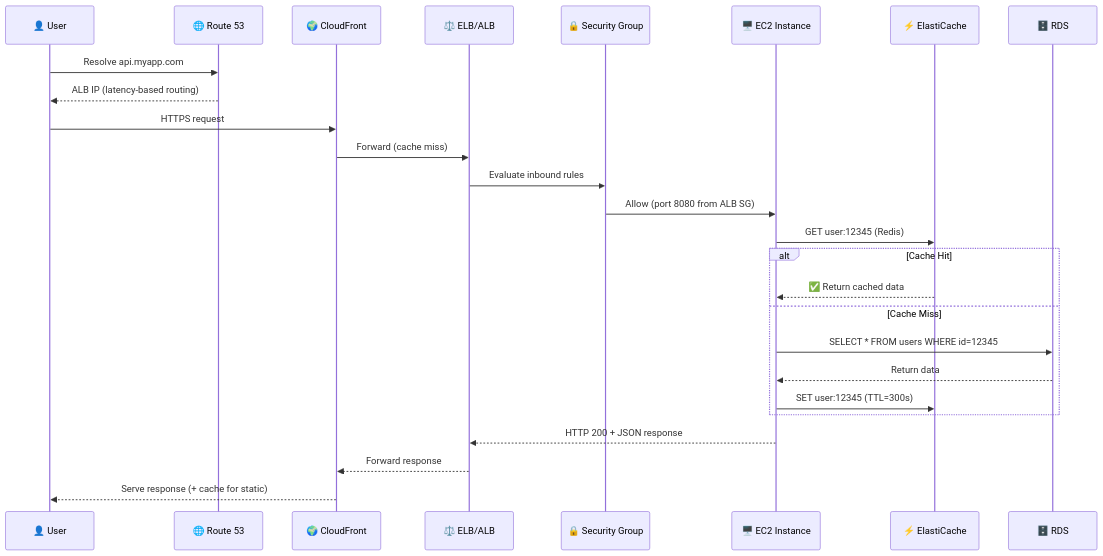
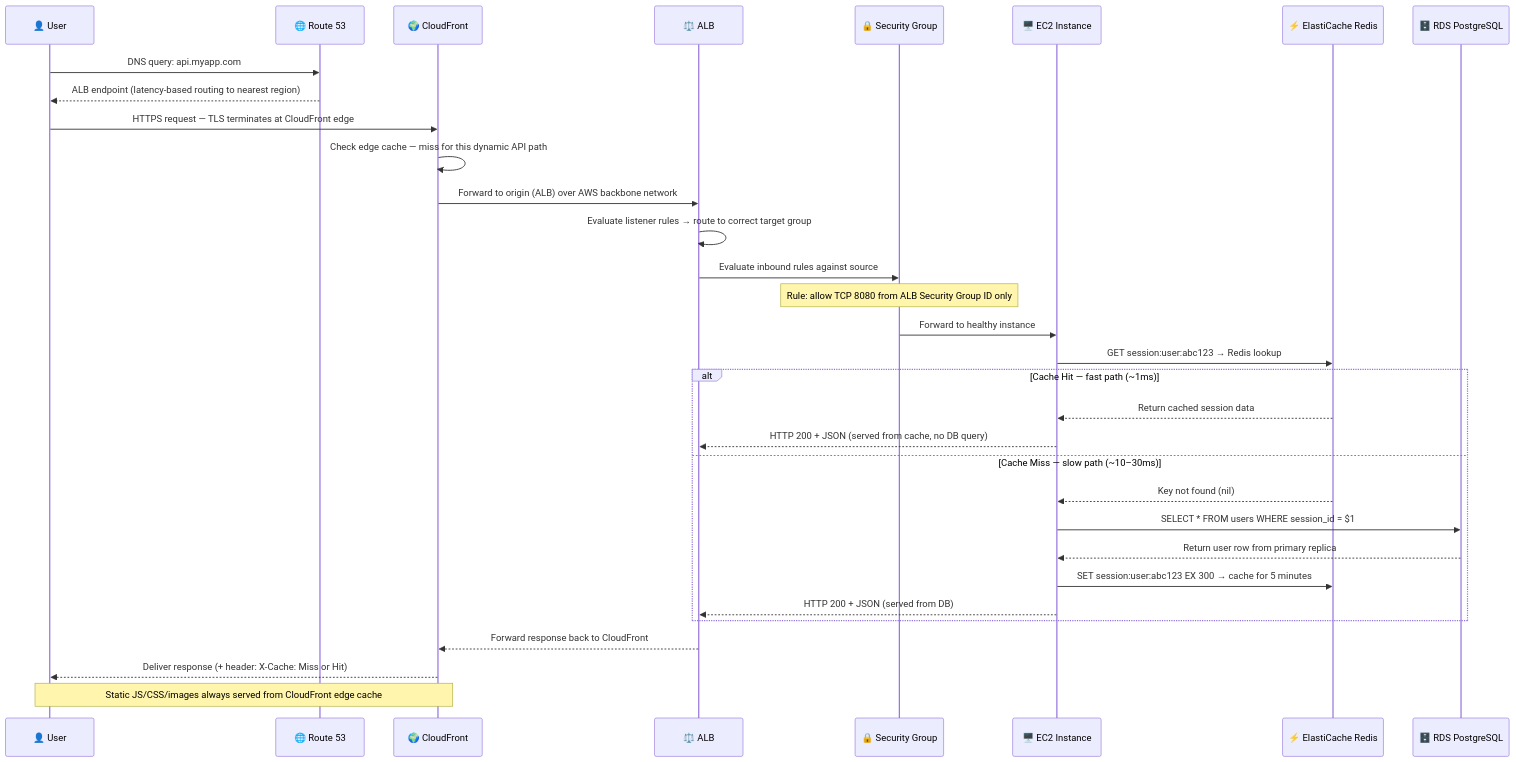
Diagram 14 of 14 in EC2/ec2.md (dharmatejasiddabathina/Aws-ZeroToHero), drawn with Mermaid before and after one commit. The commit also changed other lines of this file and 1 other file, not shown here.

````diff
--- a/EC2/ec2.md
+++ b/EC2/ec2.md
@@ -960,29 +1564,35 @@
 ```mermaid
 sequenceDiagram
     participant U as 👤 User
     participant DNS as 🌐 Route 53
     participant CF as 🌍 CloudFront
-    participant ALB as ⚖️ ELB/ALB
+    participant ALB as ⚖️ ALB
     participant SG as 🔒 Security Group
     participant EC2 as 🖥️ EC2 Instance
-    participant Cache as ⚡ ElastiCache
-    participant DB as 🗄️ RDS
+    participant Cache as ⚡ ElastiCache Redis
+    participant DB as 🗄️ RDS PostgreSQL
 
-    U->>DNS: Resolve api.myapp.com
-    DNS-->>U: ALB IP (latency-based routing)
-    U->>CF: HTTPS request
-    CF->>ALB: Forward (cache miss)
-    ALB->>SG: Evaluate inbound rules
-    SG->>EC2: Allow (port 8080 from ALB SG)
-    EC2->>Cache: GET user:12345 (Redis)
-    alt Cache Hit
-        Cache-->>EC2: ✅ Return cached data
-    else Cache Miss
-        EC2->>DB: SELECT * FROM users WHERE id=12345
-        DB-->>EC2: Return data
-        EC2->>Cache: SET user:12345 (TTL=300s)
+    U->>DNS: DNS query: api.myapp.com
+    DNS-->>U: ALB endpoint (latency-based routing to nearest region)
+    U->>CF: HTTPS request — TLS terminates at CloudFront edge
+    CF->>CF: Check edge cache — miss for this dynamic API path
+    CF->>ALB: Forward to origin (ALB) over AWS backbone network
+    ALB->>ALB: Evaluate listener rules → route to correct target group
+    ALB->>SG: Evaluate inbound rules against source
+    Note over SG: Rule: allow TCP 8080 from ALB Security Group ID only
+    SG->>EC2: Forward to healthy instance
+    EC2->>Cache: GET session:user:abc123 → Redis lookup
+    alt Cache Hit — fast path (~1ms)
+        Cache-->>EC2: Return cached session data
+        EC2-->>ALB: HTTP 200 + JSON (served from cache, no DB query)
+    else Cache Miss — slow path (~10–30ms)
+        Cache-->>EC2: Key not found (nil)
+        EC2->>DB: SELECT * FROM users WHERE session_id = $1
+        DB-->>EC2: Return user row from primary replica
+        EC2->>Cache: SET session:user:abc123 EX 300 → cache for 5 minutes
+        EC2-->>ALB: HTTP 200 + JSON (served from DB)
     end
-    EC2-->>ALB: HTTP 200 + JSON response
-    ALB-->>CF: Forward response
-    CF-->>U: Serve response (+ cache for static)
+    ALB-->>CF: Forward response back to CloudFront
+    CF-->>U: Deliver response (+ header: X-Cache: Miss or Hit)
+    Note over CF,U: Static JS/CSS/images always served from CloudFront edge cache
 ```
````
